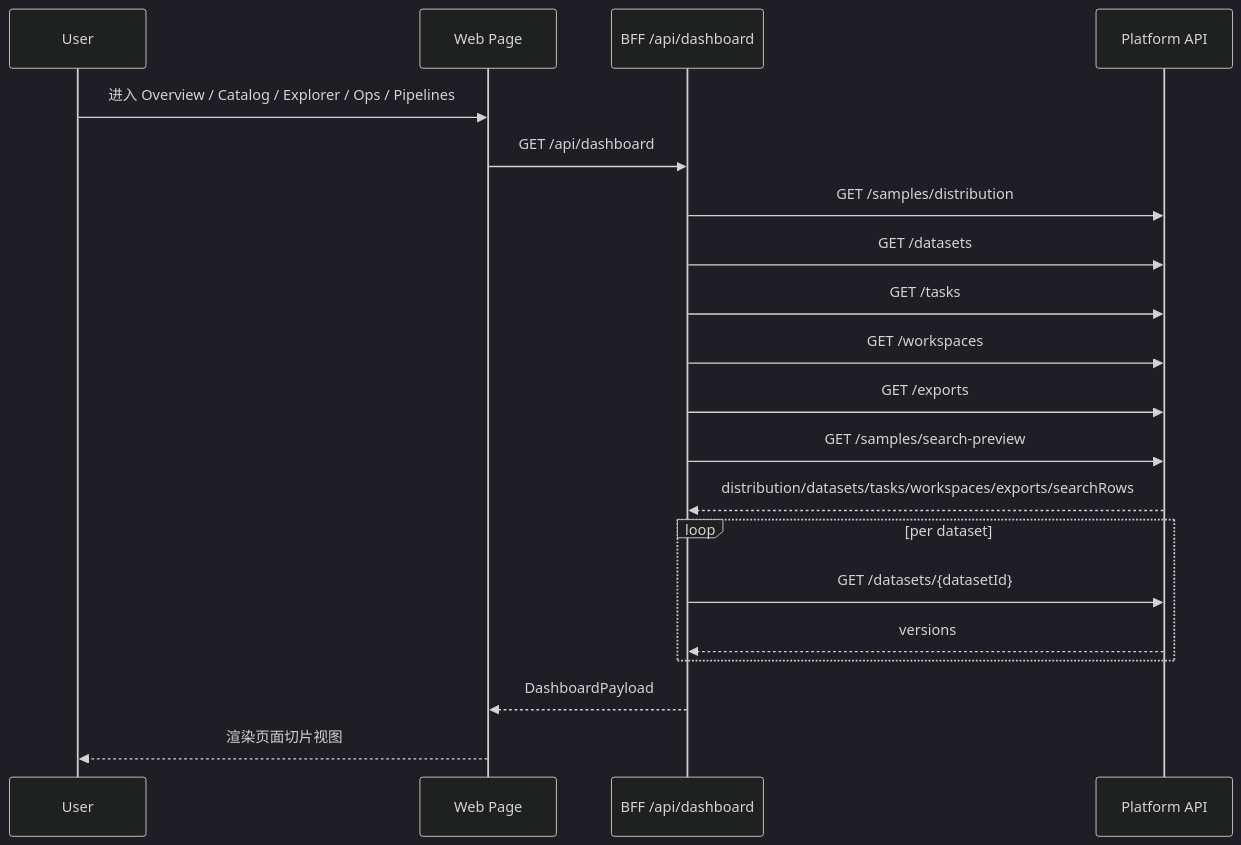
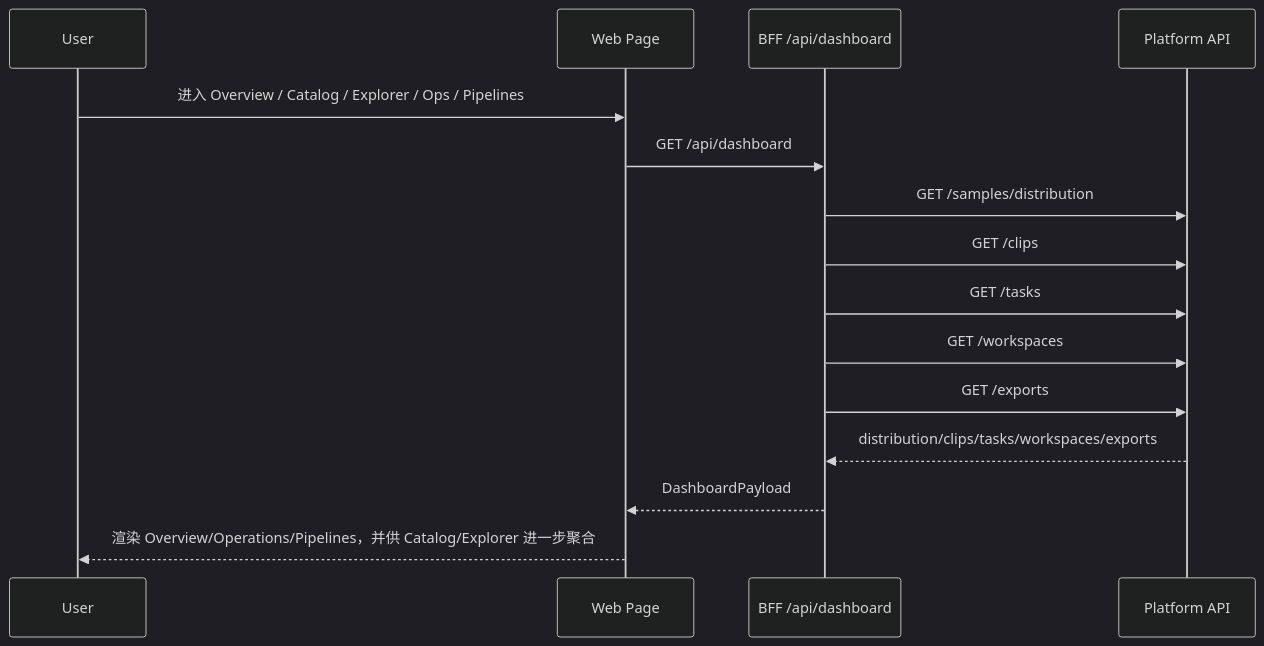
One commit to gray-cgm/ai-native-data-engine changed the first of 6 diagrams in docs/prd/ui-page-flows-and-platform-interactions.md. Above: the diagram before and after it, drawn with Mermaid (dark theme). The commit also changed other lines of this file and 51 other files, not shown here.

````diff
--- a/docs/prd/ui-page-flows-and-platform-interactions.md
+++ b/docs/prd/ui-page-flows-and-platform-interactions.md
@@ -1324,23 +1432,18 @@
 ```mermaid
 sequenceDiagram
     participant U as User
     participant W as Web Page
     participant B as BFF /api/dashboard
     participant P as Platform API
 
     U->>W: 进入 Overview / Catalog / Explorer / Ops / Pipelines
     W->>B: GET /api/dashboard
     B->>P: GET /samples/distribution
-    B->>P: GET /datasets
+    B->>P: GET /clips
     B->>P: GET /tasks
     B->>P: GET /workspaces
     B->>P: GET /exports
-    B->>P: GET /samples/search-preview
-    P-->>B: distribution/datasets/tasks/workspaces/exports/searchRows
-    loop per dataset
-        B->>P: GET /datasets/{datasetId}
-        P-->>B: versions
-    end
+    P-->>B: distribution/clips/tasks/workspaces/exports
     B-->>W: DashboardPayload
-    W-->>U: 渲染页面切片视图
+    W-->>U: 渲染 Overview/Operations/Pipelines，并供 Catalog/Explorer 进一步聚合
 ```
````
